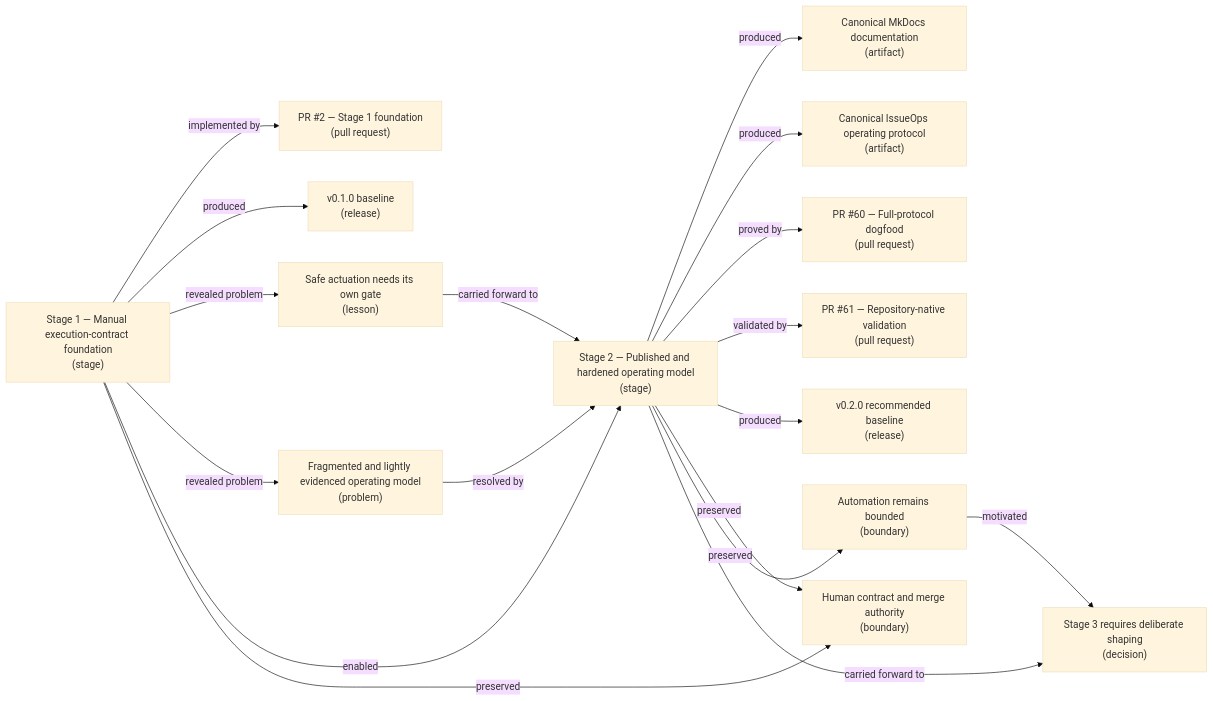
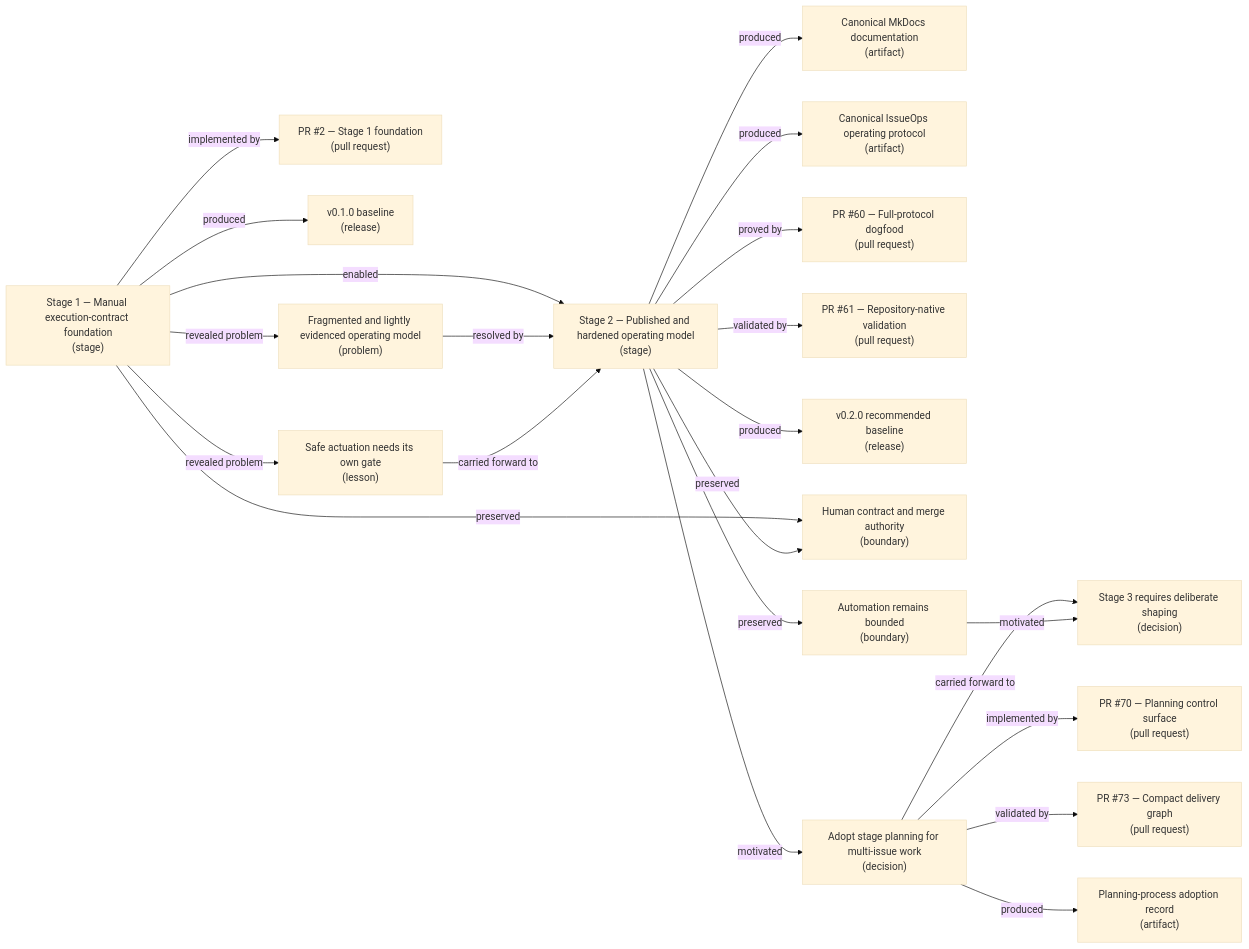
Before and after one commit to 8ft0-ai/IssueOps: the diagram in planning/delivery/graph.md, drawn with Mermaid (base theme).

Commit message:
planning: regenerate adoption delivery graph

````diff
--- a/planning/delivery/graph.md
+++ b/planning/delivery/graph.md
@@ -5,35 +5,43 @@
 ```mermaid
 flowchart LR
   n_stage_1["Stage 1 — Manual execution-contract foundation\n(stage)"]
   n_pr_2["PR #2 — Stage 1 foundation\n(pull request)"]
   n_release_v0_1["v0.1.0 baseline\n(release)"]
   n_lesson_safe_operation["Safe actuation needs its own gate\n(lesson)"]
   n_problem_fragmented_model["Fragmented and lightly evidenced operating model\n(problem)"]
   n_stage_2["Stage 2 — Published and hardened operating model\n(stage)"]
   n_artifact_docs_site["Canonical MkDocs documentation\n(artifact)"]
   n_artifact_operating_protocol["Canonical IssueOps operating protocol\n(artifact)"]
   n_pr_60["PR #60 — Full-protocol dogfood\n(pull request)"]
   n_pr_61["PR #61 — Repository-native validation\n(pull request)"]
   n_release_v0_2["v0.2.0 recommended baseline\n(release)"]
   n_boundary_human_authority["Human contract and merge authority\n(boundary)"]
   n_boundary_bounded_automation["Automation remains bounded\n(boundary)"]
+  n_decision_planning_adoption["Adopt stage planning for multi-issue work\n(decision)"]
+  n_pr_70["PR #70 — Planning control surface\n(pull request)"]
+  n_pr_73["PR #73 — Compact delivery graph\n(pull request)"]
+  n_artifact_adoption_record["Planning-process adoption record\n(artifact)"]
   n_decision_stage_3["Stage 3 requires deliberate shaping\n(decision)"]
 
   n_stage_1 -->|implemented by| n_pr_2
   n_stage_1 -->|produced| n_release_v0_1
   n_stage_1 -->|revealed problem| n_lesson_safe_operation
   n_stage_1 -->|revealed problem| n_problem_fragmented_model
   n_stage_1 -->|enabled| n_stage_2
   n_problem_fragmented_model -->|resolved by| n_stage_2
   n_lesson_safe_operation -->|carried forward to| n_stage_2
   n_stage_2 -->|produced| n_artifact_docs_site
   n_stage_2 -->|produced| n_artifact_operating_protocol
   n_stage_2 -->|proved by| n_pr_60
   n_stage_2 -->|validated by| n_pr_61
   n_stage_2 -->|produced| n_release_v0_2
   n_stage_1 -->|preserved| n_boundary_human_authority
   n_stage_2 -->|preserved| n_boundary_human_authority
   n_stage_2 -->|preserved| n_boundary_bounded_automation
-  n_stage_2 -->|carried forward to| n_decision_stage_3
+  n_stage_2 -->|motivated| n_decision_planning_adoption
+  n_decision_planning_adoption -->|implemented by| n_pr_70
+  n_decision_planning_adoption -->|validated by| n_pr_73
+  n_decision_planning_adoption -->|produced| n_artifact_adoption_record
+  n_decision_planning_adoption -->|carried forward to| n_decision_stage_3
   n_boundary_bounded_automation -->|motivated| n_decision_stage_3
 ```
````
